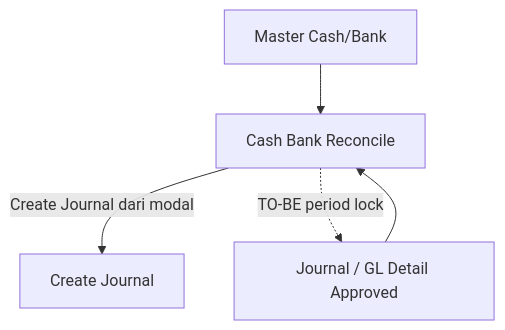
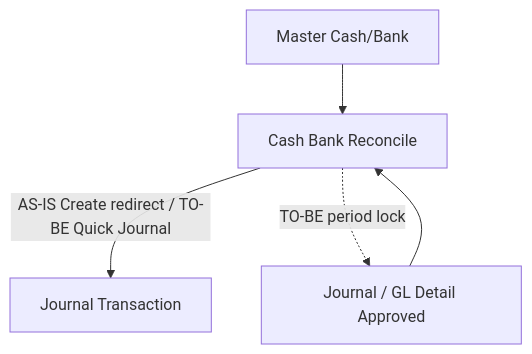
One commit to yendyr/olshoperp-docs changed the third of 3 diagrams in qa-docs/accounting-cash-bank-reconcile/requirement.md. Above: the diagram before and after it, drawn with Mermaid. The commit also changed other lines of this file and 4 other files, not shown here.

````diff
--- a/qa-docs/accounting-cash-bank-reconcile/requirement.md
+++ b/qa-docs/accounting-cash-bank-reconcile/requirement.md
@@ -227,7 +278,7 @@
 ```mermaid
 flowchart TB
     MCB[Master Cash/Bank] --> CBR[Cash Bank Reconcile]
     GL[Journal / GL Detail Approved] --> CBR
-    CBR -->|Create Journal dari modal| CJ[Create Journal]
+    CBR -->|AS-IS Create redirect / TO-BE Quick Journal| CJ[Journal Transaction]
     CBR -.->|TO-BE period lock| GL
 ```
````
